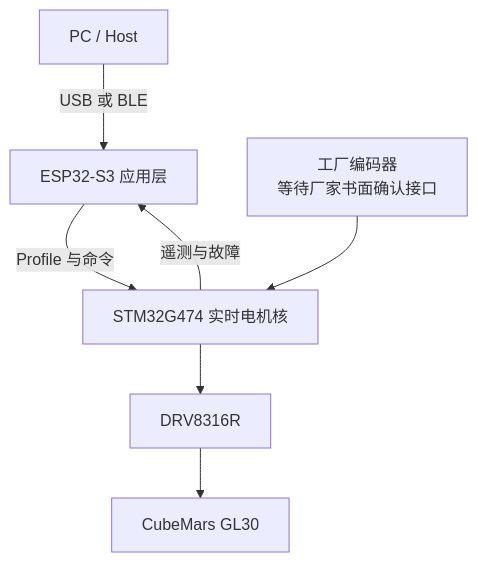
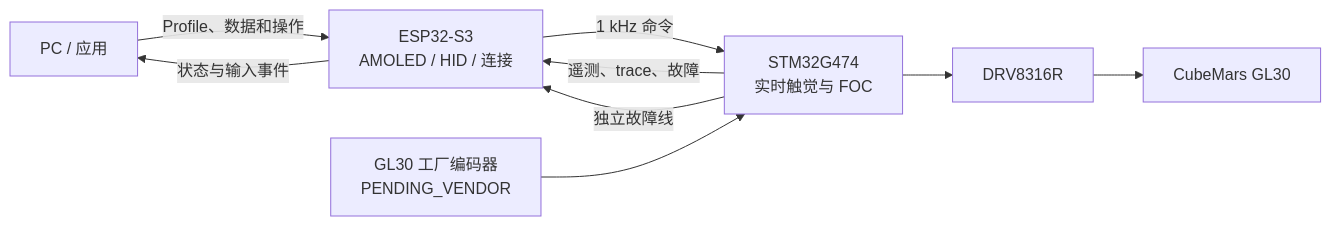
Before and after one commit to Master-1st/GL30-Haptic-Control: the diagram in README_CN.md, drawn with Mermaid. The commit also changed other lines of this file and 1 other file, not shown here.

````diff
--- a/README_CN.md
+++ b/README_CN.md
@@ -25,9 +49,11 @@
 ```mermaid
-flowchart TB
-    Host[PC / Host] -->|USB 或 BLE| App[ESP32-S3 应用层]
-    App -->|Profile 与命令| Core[STM32G474 实时电机核]
+flowchart LR
+    Host[PC / 应用] -->|Profile、数据和操作| App[ESP32-S3<br/>AMOLED / HID / 连接]
+    App -->|1 kHz 命令| Core[STM32G474<br/>实时触觉与 FOC]
     Core --> Driver[DRV8316R]
     Driver --> Motor[CubeMars GL30]
-    Encoder[工厂编码器\n等待厂家书面确认接口] --> Core
-    Core -->|遥测与故障| App
+    Encoder[GL30 工厂编码器<br/>PENDING_VENDOR] --> Core
+    Core -->|遥测、trace、故障| App
+    App -->|状态与输入事件| Host
+    Core -->|独立故障线| App
 ```
````
